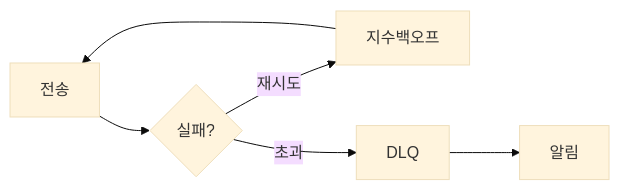
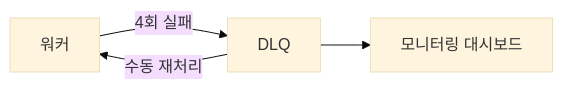
One commit to yjkim2015/yjkim2015.github.io changed the fourth of 5 diagrams in _posts/systemdesign/2026-05-02-system-design-notification.md. Above: the diagram before and after it, drawn with Mermaid (base theme). The commit also changed other lines of this file and 4 other files, not shown here.

````diff
--- a/_posts/systemdesign/2026-05-02-system-design-notification.md
+++ b/_posts/systemdesign/2026-05-02-system-design-notification.md
@@ -199,8 +844,6 @@
 ```mermaid
 graph LR
-    A[전송] --> B{실패?}
-    B -->|재시도| C[지수백오프]
-    C --> A
-    B -->|초과| D[DLQ]
-    D --> E[알림]
+    W[워커] -->|4회 실패| D[DLQ]
+    D --> M[모니터링 대시보드]
+    D -->|수동 재처리| W
 ```
````
